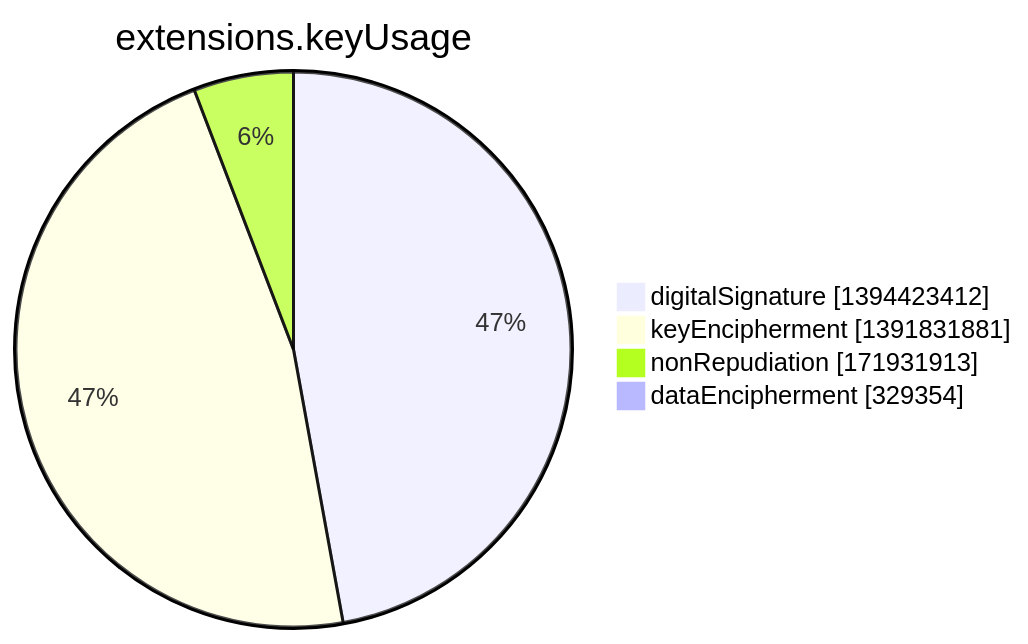
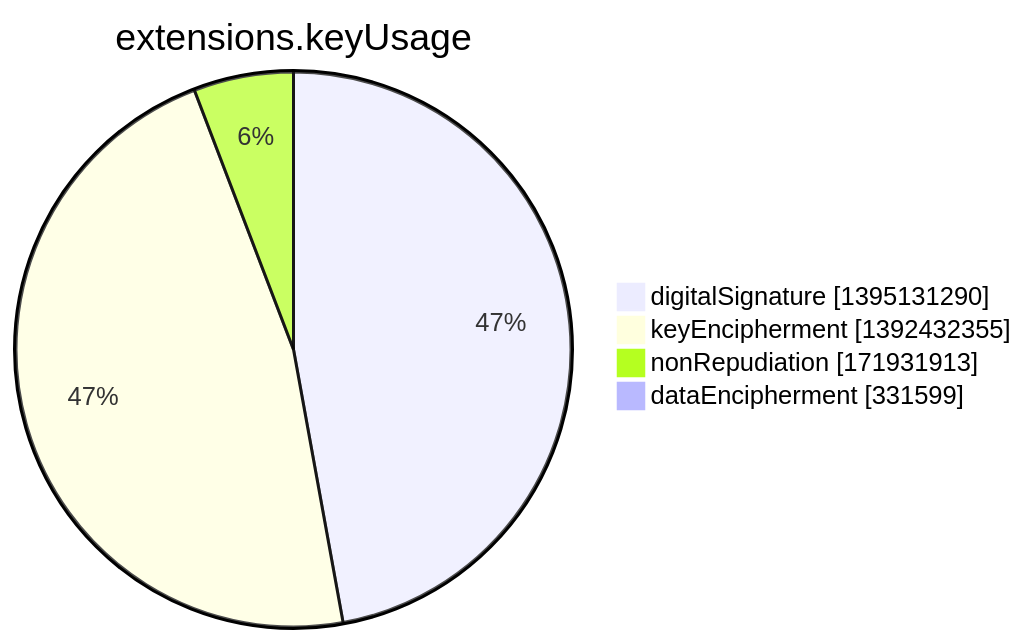
One commit to christiankrug/ctmonitor_visualization changed the seventh of 15 diagrams in argon2022/README.md. Above: the diagram before and after it, drawn with Mermaid. The commit also changed other lines of this file, not shown here.

````diff
--- a/argon2022/README.md
+++ b/argon2022/README.md
@@ -2751,8 +2751,8 @@
 ```mermaid
 pie showData
 title extensions.keyUsage
-"digitalSignature" :1394423412
-"keyEncipherment" :1391831881
+"digitalSignature" :1395131290
+"keyEncipherment" :1392432355
 "nonRepudiation" :171931913
-"dataEncipherment" :329354
+"dataEncipherment" :331599
 ```
````
